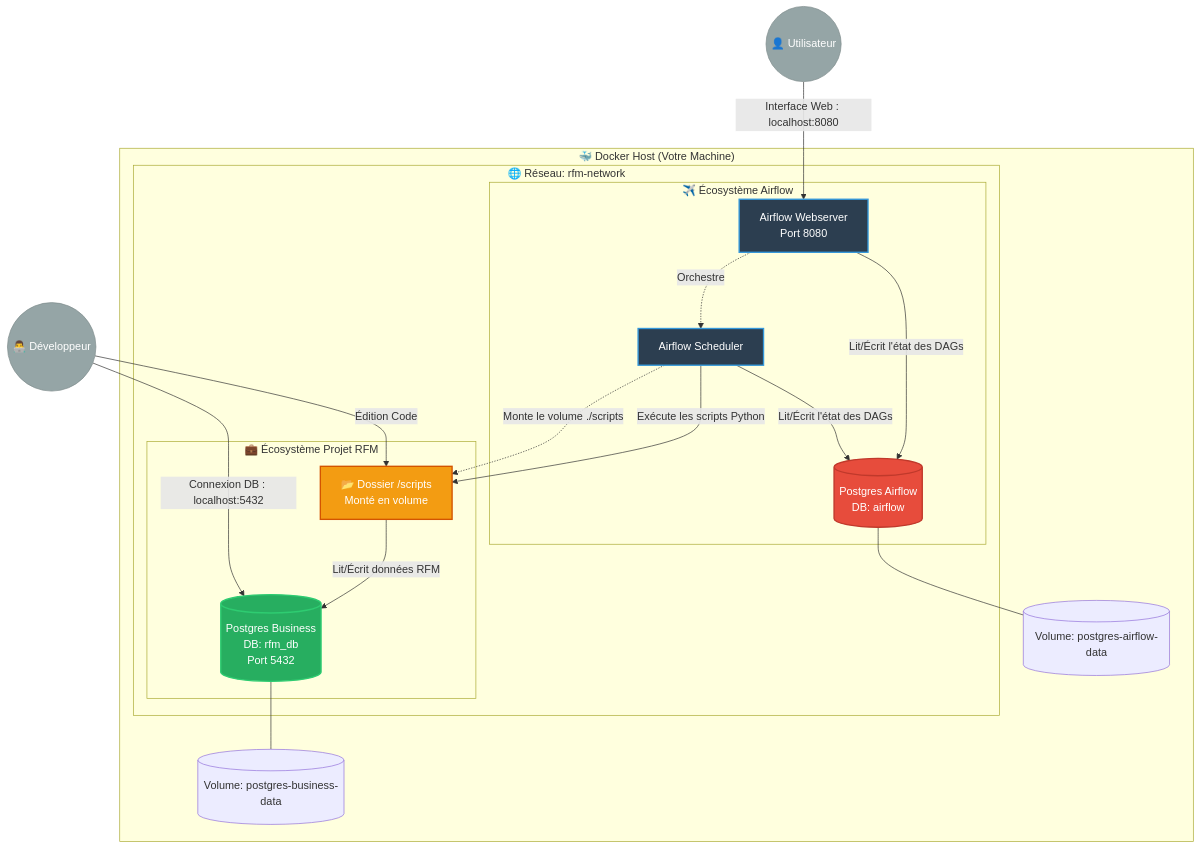
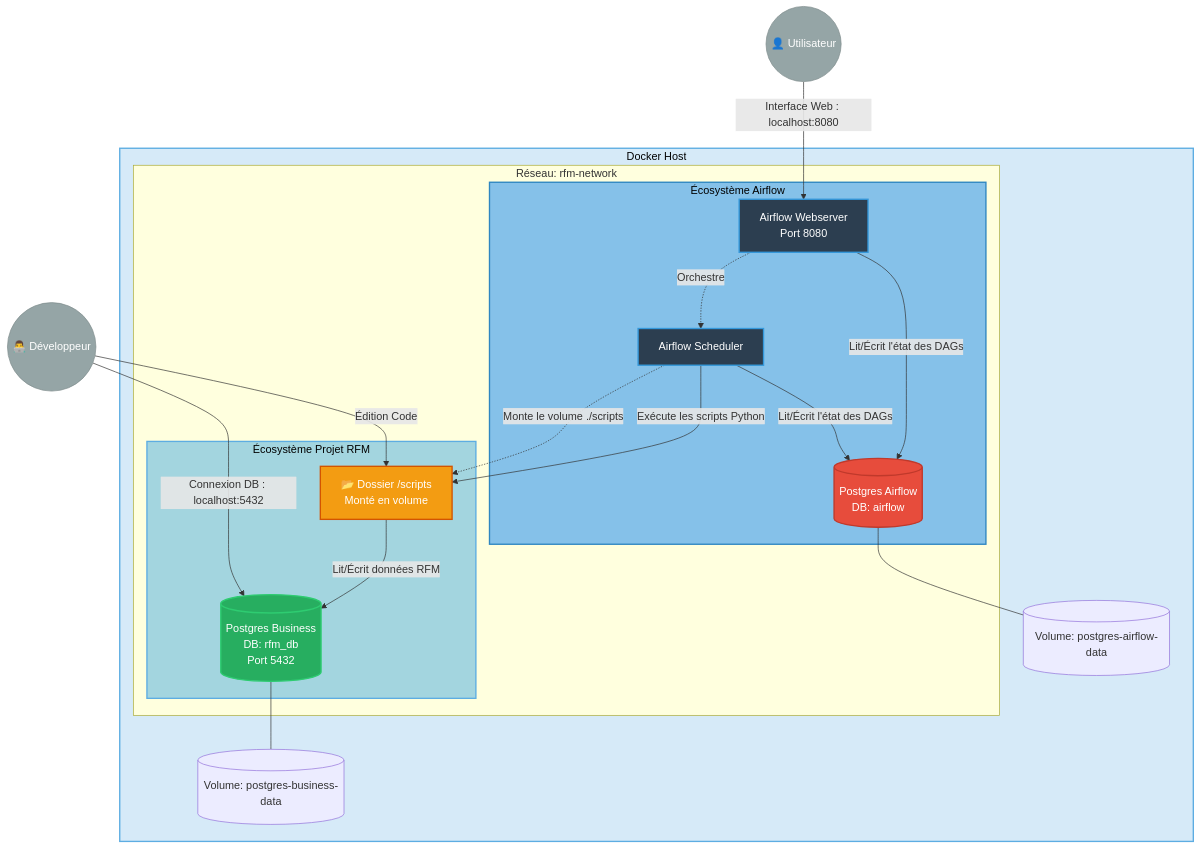
One commit to DBX-76/data-pipeline-rfm changed the diagram in docker_compose.md. Above: the diagram before and after it, drawn with Mermaid. The commit also changed 1 other file, not shown here.

Commit message:
feat: ajout module BI Metabase pour la visualisation des segments RFM

````diff
--- a/docker_compose.md
+++ b/docker_compose.md
@@ -1,49 +1,52 @@
 ``` mermaid
 graph TD
-    subgraph "🐳 Docker Host (Votre Machine)"
+    subgraph subHost["Docker Host"]
         
-        subgraph "🌐 Réseau: rfm-network"
+        subgraph "Réseau: rfm-network"
             
-            subgraph "✈️ Écosystème Airflow"
+            subgraph subAirflow["Écosystème Airflow"]
                 A[Airflow Webserver<br/>Port 8080]
                 B[Airflow Scheduler]
                 C[(Postgres Airflow<br/>DB: airflow)]
                 
                 A -->|Lit/Écrit l'état des DAGs| C
                 B -->|Lit/Écrit l'état des DAGs| C
                 A -.->|Orchestre| B
             end
+            style subAirflow fill:#85c1e9,stroke:#2e86c1,stroke-width:2px,color:#000
 
-            subgraph "💼 Écosystème Projet RFM"
+            subgraph subRFM["Écosystème Projet RFM"]
                 D[(Postgres Business<br/>DB: rfm_db<br/>Port 5432)]
                 E[📂 Dossier /scripts<br/>Monté en volume]
                 
                 B -->|Exécute les scripts Python| E
                 E -->|Lit/Écrit données RFM| D
             end
+            style subRFM fill:#a3d5df,stroke:#5dade2,stroke-width:2px,color:#000
             
             %% Liaison critique : Le scheduler lit les DAGs et les scripts
             B -.->|Monte le volume ./scripts| E
         end
 
         %% Volumes persistants
         F[(Volume: postgres-airflow-data)]
         G[(Volume: postgres-business-data)]
         
         C --- F
         D --- G
     end
+    style subHost fill:#d6eaf8,stroke:#5dade2,stroke-width:2px,color:#000
 
     %% Utilisateurs externes
     User((👤 Utilisateur)) -->|Interface Web : localhost:8080| A
     Dev((👨‍💻 Développeur)) -->|Connexion DB : localhost:5432| D
     Dev -->|Édition Code| E
 
     style A fill:#2c3e50,stroke:#3498db,stroke-width:2px,color:#fff
     style B fill:#2c3e50,stroke:#3498db,stroke-width:2px,color:#fff
     style C fill:#e74c3c,stroke:#c0392b,stroke-width:2px,color:#fff
     style D fill:#27ae60,stroke:#2ecc71,stroke-width:2px,color:#fff
     style E fill:#f39c12,stroke:#d35400,stroke-width:2px,color:#fff
     style User fill:#95a5a6,stroke:#7f8c8d,color:#fff
     style Dev fill:#95a5a6,stroke:#7f8c8d,color:#fff
 ```
````
